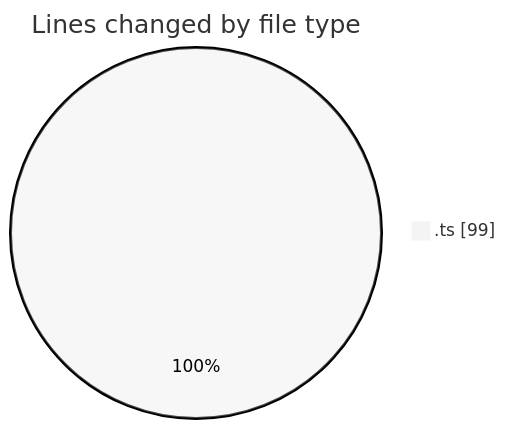
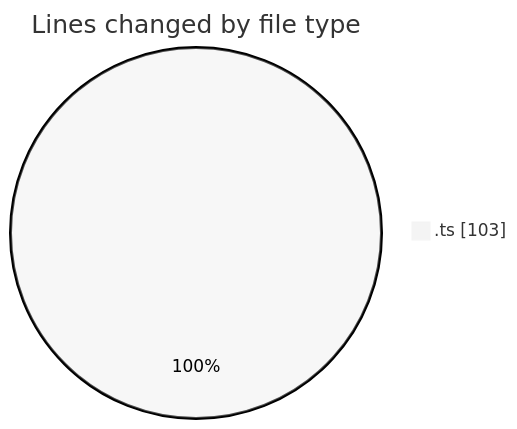
The first of 2 diagrams in 2025-05-30/cda/README.md (momahboobian/code-tracking), drawn with Mermaid (neutral theme) before and after one commit. The commit also changed other lines of this file and 1 other file, not shown here.

````diff
--- a/2025-05-30/cda/README.md
+++ b/2025-05-30/cda/README.md
@@ -21,5 +21,5 @@
 ```mermaid
 pie showData
 title Lines changed by file type
-".ts" : 99
+".ts" : 103
 ```
````
